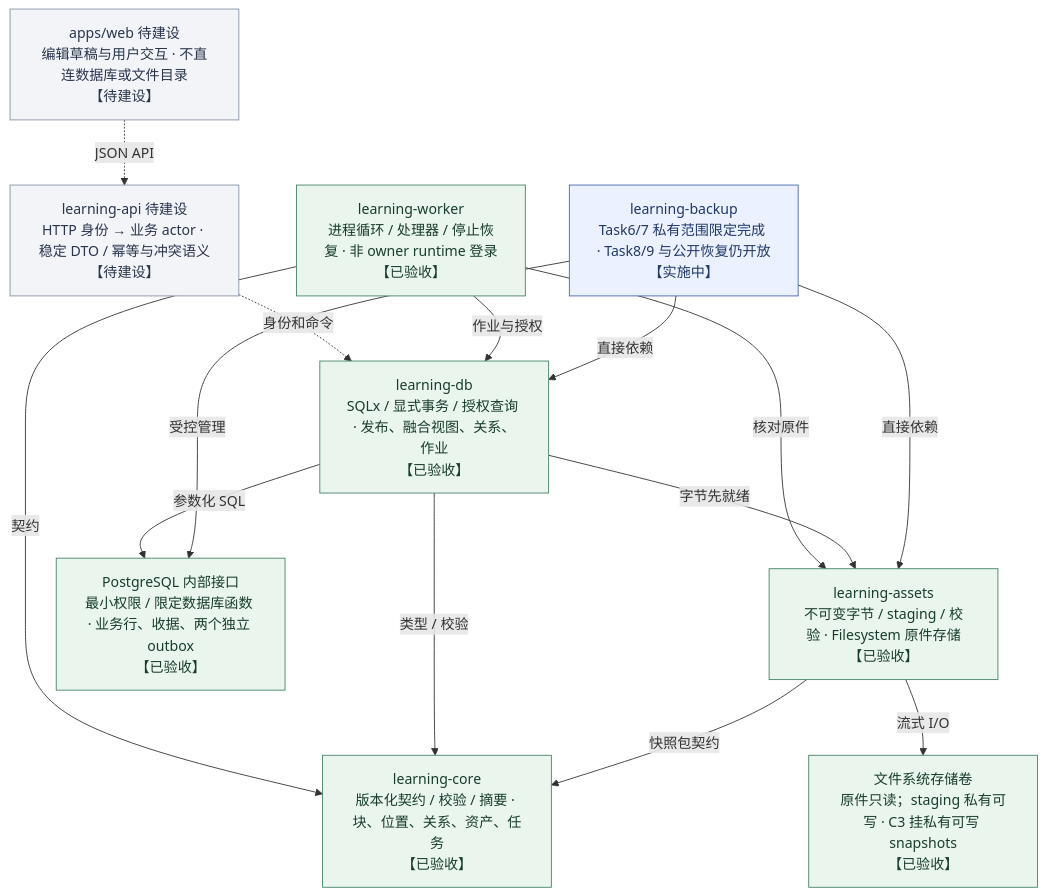
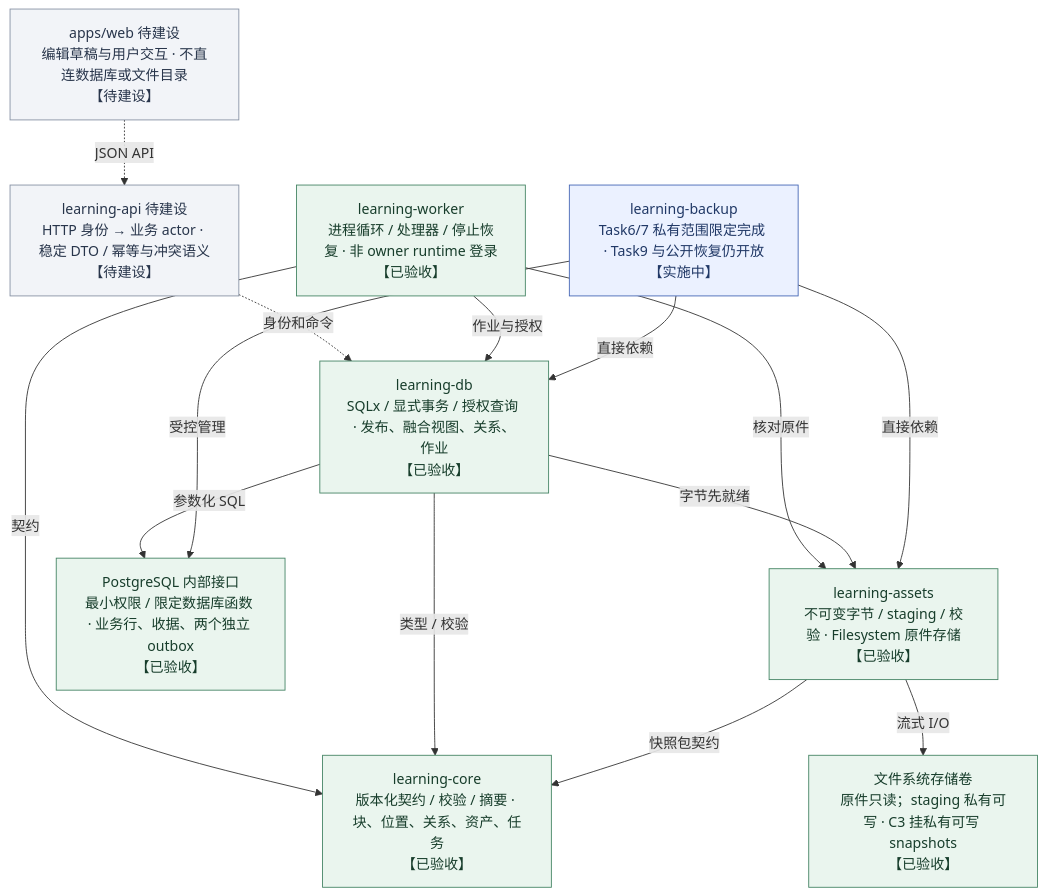
The diagram in docs/diagrams/knowweave-crates.mmd (MansurnamedZhang/learning-system-p0c4), drawn with Mermaid before and after one commit. The commit also changed 18 other files, not shown here.

```diff
--- a/docs/diagrams/knowweave-crates.mmd
+++ b/docs/diagrams/knowweave-crates.mmd
@@ -1,30 +1,30 @@
 flowchart TB
     web["apps/web 待建设<br/>编辑草稿与用户交互 · 不直连数据库或文件目录<br/>【待建设】"]
     api["learning-api 待建设<br/>HTTP 身份 → 业务 actor · 稳定 DTO / 幂等与冲突语义<br/>【待建设】"]
     worker["learning-worker<br/>进程循环 / 处理器 / 停止恢复 · 非 owner runtime 登录<br/>【已验收】"]
     core["learning-core<br/>版本化契约 / 校验 / 摘要 · 块、位置、关系、资产、任务<br/>【已验收】"]
     db["learning-db<br/>SQLx / 显式事务 / 授权查询 · 发布、融合视图、关系、作业<br/>【已验收】"]
     assets["learning-assets<br/>不可变字节 / staging / 校验 · Filesystem 原件存储<br/>【已验收】"]
     pg["PostgreSQL 内部接口<br/>最小权限 / 限定数据库函数 · 业务行、收据、两个独立 outbox<br/>【已验收】"]
     file["文件系统存储卷<br/>原件只读；staging 私有可写 · C3 挂私有可写 snapshots<br/>【已验收】"]
-    backup["learning-backup<br/>Task6/7 私有范围限定完成 · Task8/9 与公开恢复仍开放<br/>【实施中】"]
+    backup["learning-backup<br/>Task6/7 私有范围限定完成 · Task9 与公开恢复仍开放<br/>【实施中】"]
     web -. "JSON API" .-> api
     api -. "身份和命令" .-> db
     worker -- "作业与授权" --> db
     worker -- "核对原件" --> assets
     worker -- "契约" --> core
     db -- "类型 / 校验" --> core
     db -- "字节先就绪" --> assets
     assets -- "快照包契约" --> core
     db -- "参数化 SQL" --> pg
     assets -- "流式 I/O" --> file
     backup -- "直接依赖" --> db
     backup -- "直接依赖" --> assets
     backup -- "受控管理" --> pg
     class worker,core,db,assets,pg,file done
     class backup next
     class web,api planned
     classDef done fill:#eaf5ee,stroke:#438363,color:#173d2b
     classDef next fill:#ebf1ff,stroke:#4365b4,color:#203866
     classDef planned fill:#f2f4f8,stroke:#8591a3,color:#28354b
     classDef optional fill:#f3ecfb,stroke:#9271b0,color:#4a3362
```
